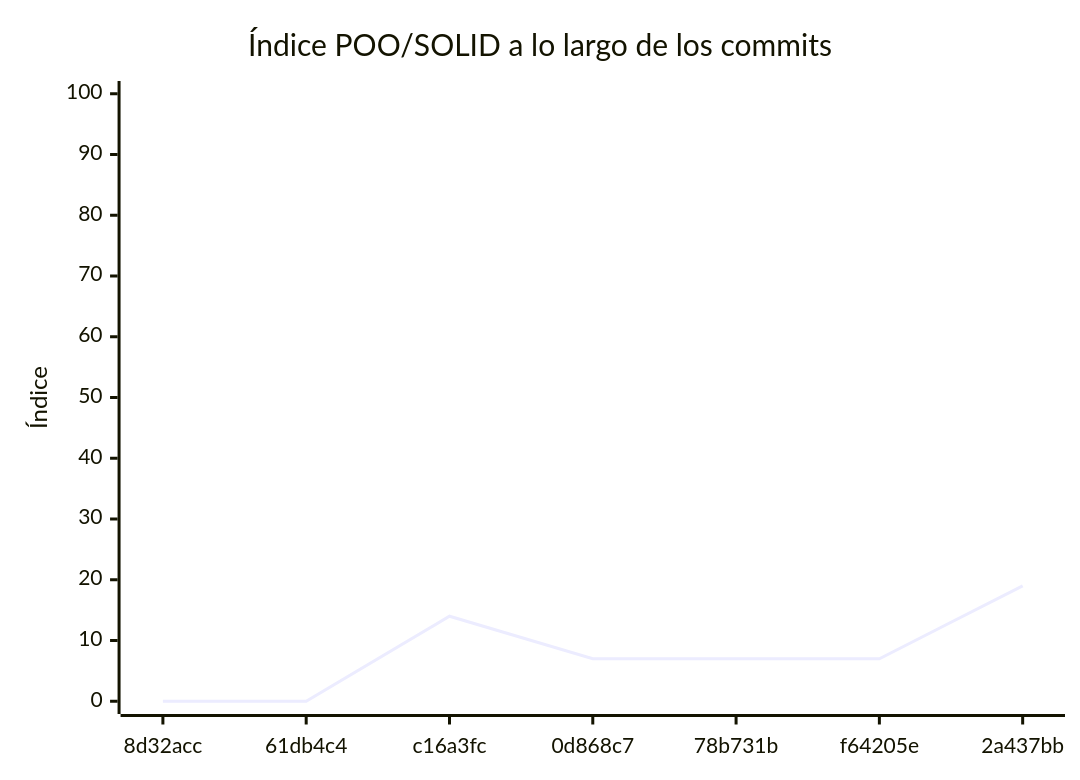
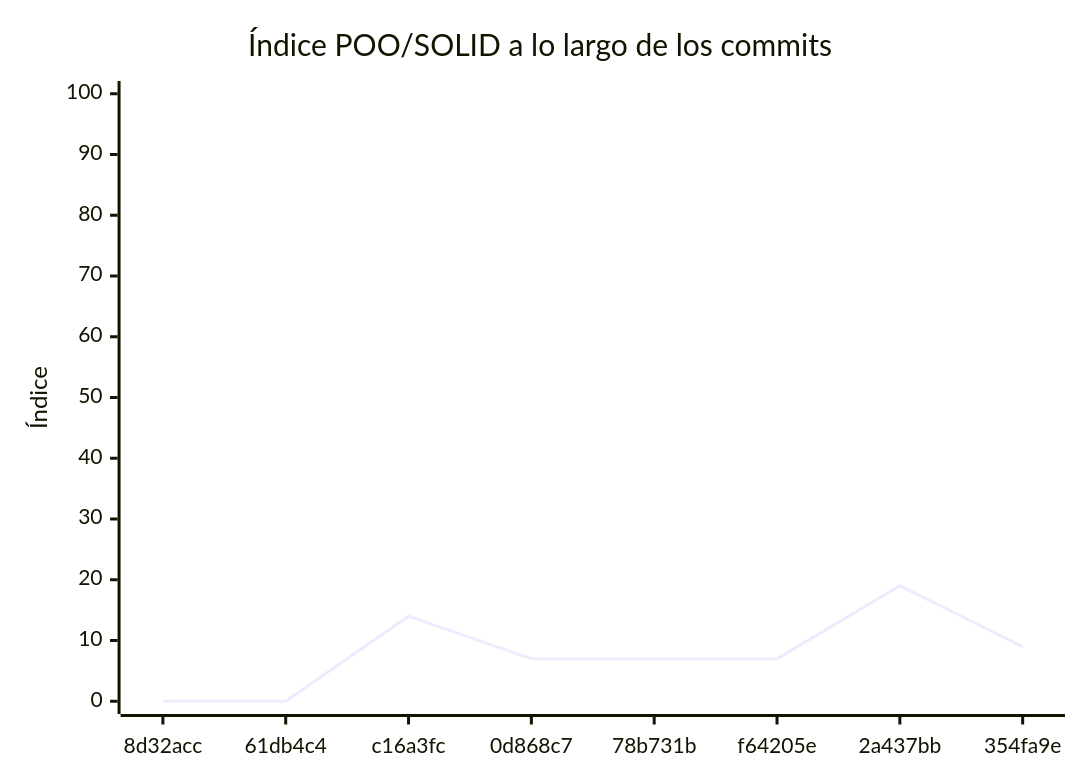
One commit to LaMatanzaSA/SimuladorChoques777 changed the diagram in docs/EVALUACION.md. Above: the diagram before and after it, drawn with Mermaid. The commit also changed other lines of this file and 1 other file, not shown here.

````diff
--- a/docs/EVALUACION.md
+++ b/docs/EVALUACION.md
@@ -225,7 +240,7 @@
 ```mermaid
 xychart-beta
     title "Índice POO/SOLID a lo largo de los commits"
-    x-axis ["8d32acc", "61db4c4", "c16a3fc", "0d868c7", "78b731b", "f64205e", "2a437bb"]
+    x-axis ["8d32acc", "61db4c4", "c16a3fc", "0d868c7", "78b731b", "f64205e", "2a437bb", "354fa9e"]
     y-axis "Índice" 0 --> 100
-    line [0, 0, 14, 7, 7, 7, 19]
+    line [0, 0, 14, 7, 7, 7, 19, 9]
 ```
````
